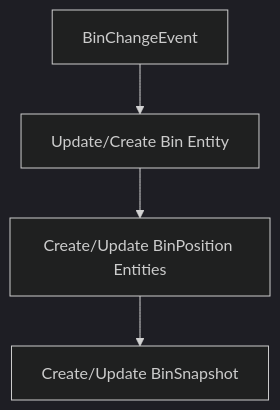
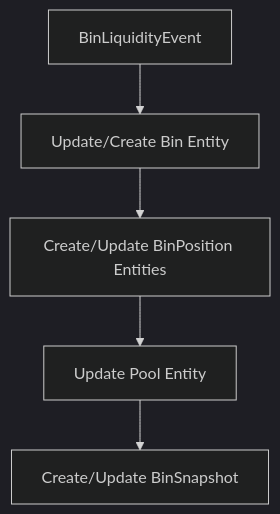
Before and after one commit to mira-amm/mira-amm-web: the fifth of 6 diagrams in docs/v2-event-flowcharts.md, drawn with Mermaid (dark theme). The commit also changed other lines of this file and 1 other file, not shown here.

````diff
--- a/docs/v2-event-flowcharts.md
+++ b/docs/v2-event-flowcharts.md
@@ -232,6 +260,7 @@
 ```mermaid
 graph TD
-    A[BinChangeEvent] --> B[Update/Create Bin Entity]
+    A[BinLiquidityEvent] --> B[Update/Create Bin Entity]
     B --> C[Create/Update BinPosition Entities]
-    C --> D[Create/Update BinSnapshot]
+    C --> D[Update Pool Entity]
+    D --> E[Create/Update BinSnapshot]
 ```
````
